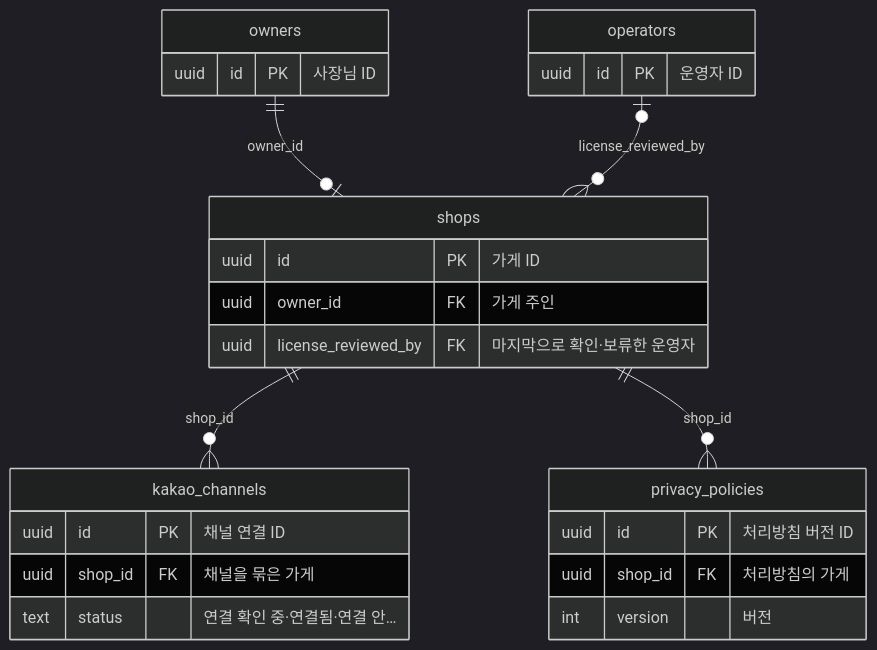
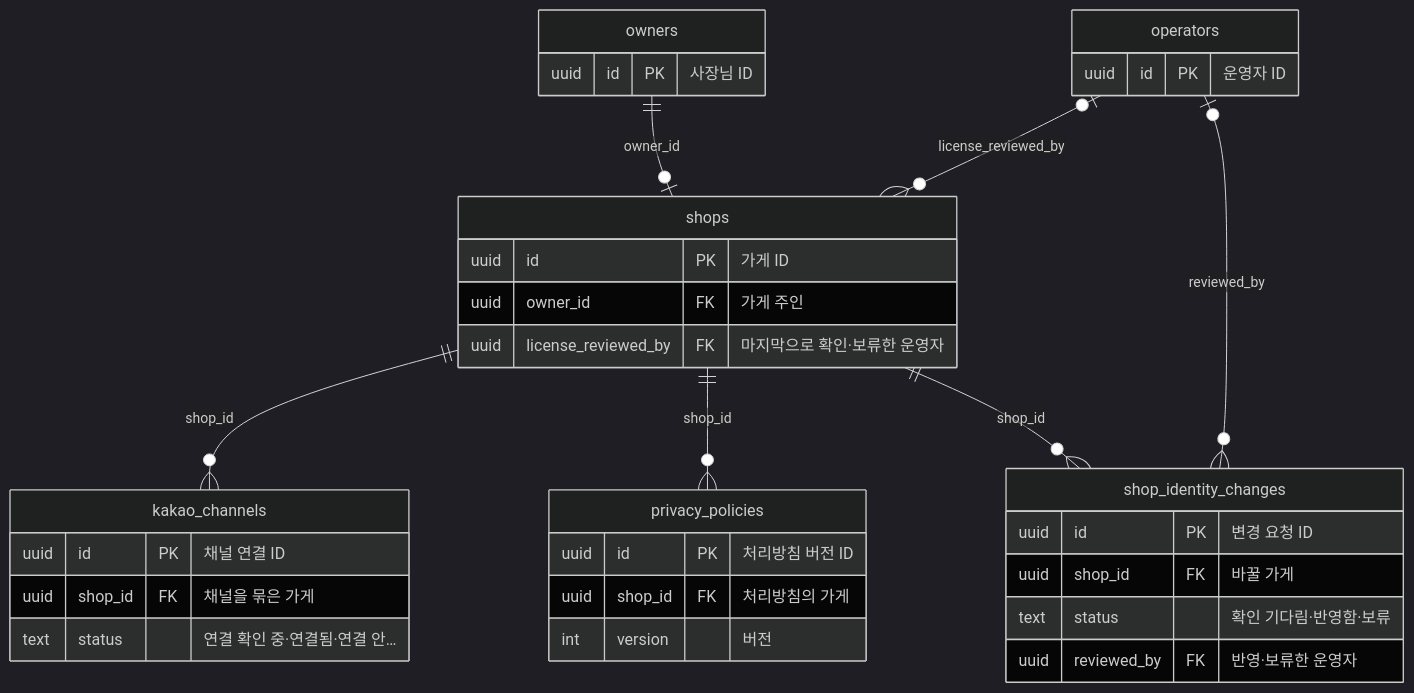
Before and after one commit to kodonghui/siljang.ai: the eighth of 11 diagrams in docs/05-erd/README.md, drawn with Mermaid (dark theme). The commit also changed other lines of this file and 67 other files, not shown here.

````diff
--- a/docs/05-erd/README.md
+++ b/docs/05-erd/README.md
@@ -578,28 +579,36 @@
 ```mermaid
 erDiagram
   owners {
     uuid id PK "사장님 ID"
   }
   operators {
     uuid id PK "운영자 ID"
   }
   shops {
     uuid id PK "가게 ID"
     uuid owner_id FK "가게 주인"
     uuid license_reviewed_by FK "마지막으로 확인·보류한 운영자"
   }
   kakao_channels {
     uuid id PK "채널 연결 ID"
     uuid shop_id FK "채널을 묶은 가게"
     text status "연결 확인 중·연결됨·연결 안…"
   }
   privacy_policies {
     uuid id PK "처리방침 버전 ID"
     uuid shop_id FK "처리방침의 가게"
     int version "버전"
   }
+  shop_identity_changes {
+    uuid id PK "변경 요청 ID"
+    uuid shop_id FK "바꿀 가게"
+    text status "확인 기다림·반영함·보류"
+    uuid reviewed_by FK "반영·보류한 운영자"
+  }
   owners ||--o| shops : "owner_id"
   operators |o--o{ shops : "license_reviewed_by"
   shops ||--o{ kakao_channels : "shop_id"
   shops ||--o{ privacy_policies : "shop_id"
+  shops ||--o{ shop_identity_changes : "shop_id"
+  operators |o--o{ shop_identity_changes : "reviewed_by"
 ```
````
